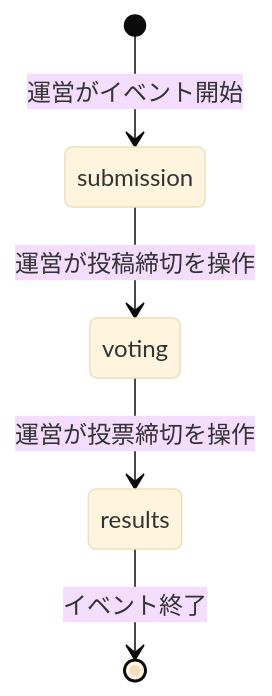
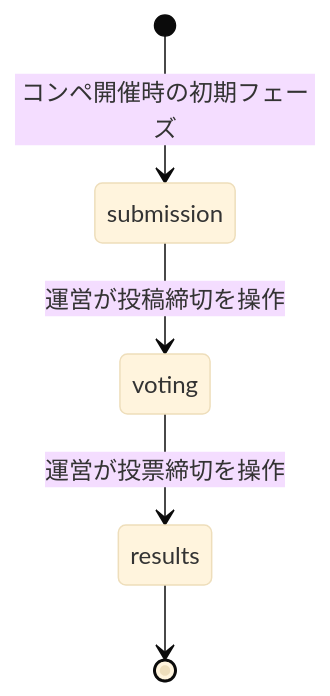
Before and after one commit to lewisia02/SwipeMatch: the first of 2 diagrams in docs/glossary.md, drawn with Mermaid (base theme). The commit also changed other lines of this file and 8 other files, not shown here.

````diff
--- a/docs/glossary.md
+++ b/docs/glossary.md
@@ -360,7 +394,7 @@
 ```mermaid
 stateDiagram-v2
-    [*] --> submission: 運営がイベント開始
+    [*] --> submission: コンペ開催時の初期フェーズ
     submission --> voting: 運営が投稿締切を操作
     voting --> results: 運営が投票締切を操作
-    results --> [*]: イベント終了
+    results --> [*]
 ```
````
